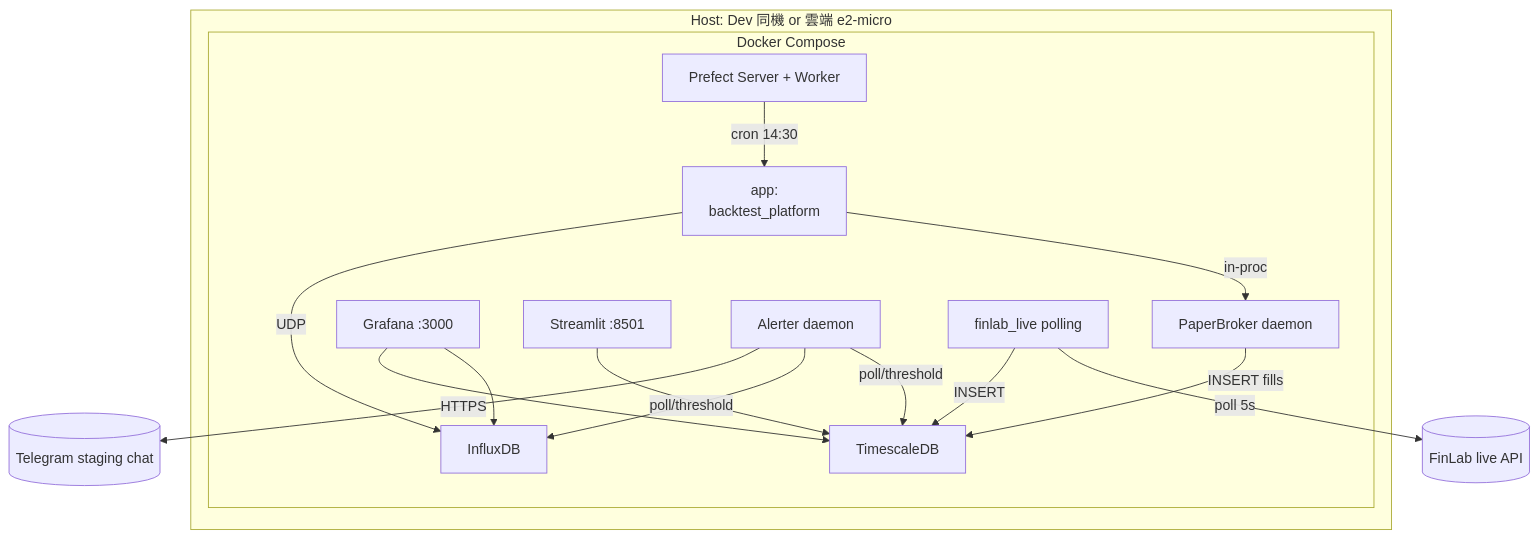
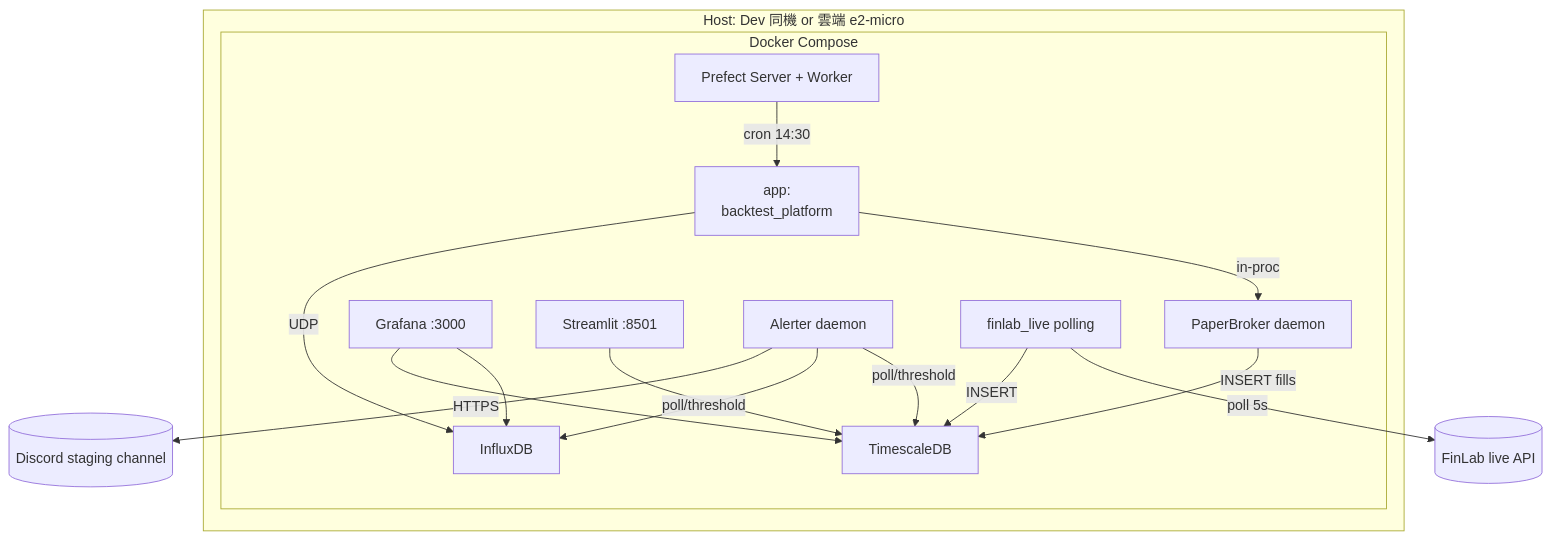
One commit to Zenobia000/Quantitative_Trading changed the second of 5 diagrams in dev_docs/23_deployment_topology.md. Above: the diagram before and after it, drawn with Mermaid. The commit also changed other lines of this file and 12 other files, not shown here.

First line of the commit message:
docs: sweep Telegram → Discord across 13 docs (ADR-010 落地)

````diff
--- a/dev_docs/23_deployment_topology.md
+++ b/dev_docs/23_deployment_topology.md
@@ -121,32 +121,32 @@
 ```mermaid
 flowchart TB
     subgraph host_staging["Host: Dev 同機 or 雲端 e2-micro"]
         subgraph dockerd_st["Docker Compose"]
             app_st["app:<br/>backtest_platform"]
             paper_br["PaperBroker daemon"]
             scheduler["Prefect Server + Worker"]
             tsdb_st["TimescaleDB"]
             influx_st["InfluxDB"]
             grafana_st["Grafana :3000"]
             streamlit_st["Streamlit :8501"]
             alerter_st["Alerter daemon"]
             live_feed["finlab_live polling"]
         end
     end
 
     finlab[("FinLab live API")]
-    telegram_staging[("Telegram staging chat")]
+    discord_staging[("Discord staging channel")]
 
     live_feed -->|"poll 5s"| finlab
     live_feed -->|"INSERT"| tsdb_st
     scheduler -->|"cron 14:30"| app_st
     app_st -->|"in-proc"| paper_br
     paper_br -->|"INSERT fills"| tsdb_st
     app_st -->|"UDP"| influx_st
     alerter_st -->|"poll/threshold"| tsdb_st
     alerter_st -->|"poll/threshold"| influx_st
-    alerter_st -->|"HTTPS"| telegram_staging
+    alerter_st -->|"HTTPS"| discord_staging
     grafana_st --> influx_st
     grafana_st --> tsdb_st
     streamlit_st --> tsdb_st
 ```
````
